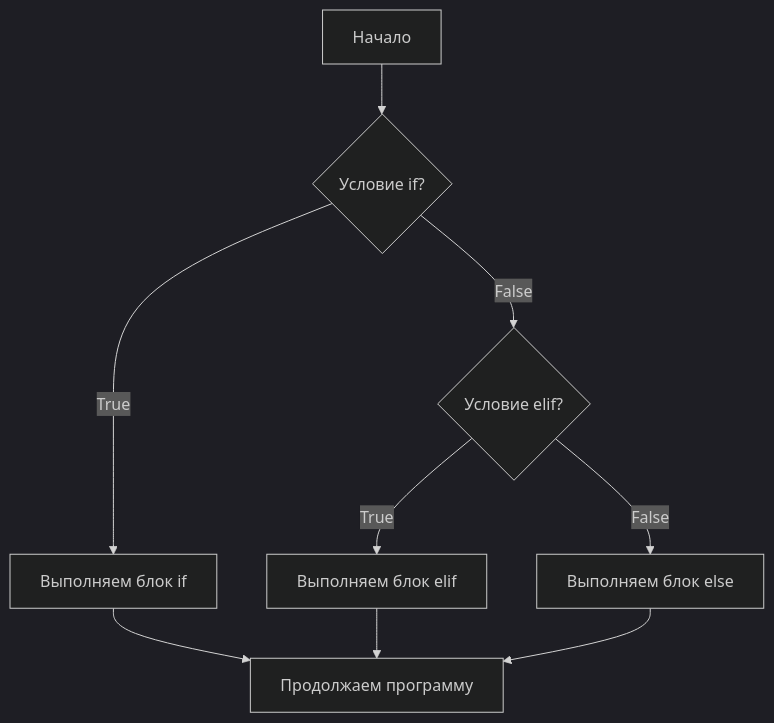
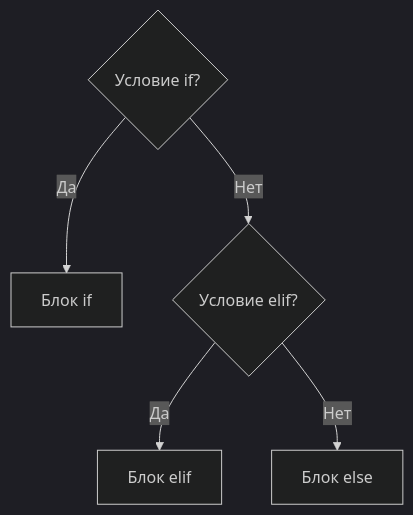
One commit to RestartLexinus/SchoolMD changed the first of 2 diagrams in Python/Теория/002_Python_Условия.md. Above: the diagram before and after it, drawn with Mermaid (dark theme). The commit also changed other lines of this file and 14 other files, not shown here.

````diff
--- a/Python/Теория/002_Python_Условия.md
+++ b/Python/Теория/002_Python_Условия.md
@@ -87,11 +63,7 @@
 ```mermaid
 flowchart TD
-    A[Начало] --> B{Условие if?}
-    B -- True --> C[Выполняем блок if]
-    B -- False --> D{Условие elif?}
-    D -- True --> E[Выполняем блок elif]
-    D -- False --> F[Выполняем блок else]
-    C --> G[Продолжаем программу]
-    E --> G
-    F --> G
+    A{Условие if?} -- Да --> B[Блок if]
+    A -- Нет --> C{Условие elif?}
+    C -- Да --> D[Блок elif]
+    C -- Нет --> E[Блок else]
 ```
````
